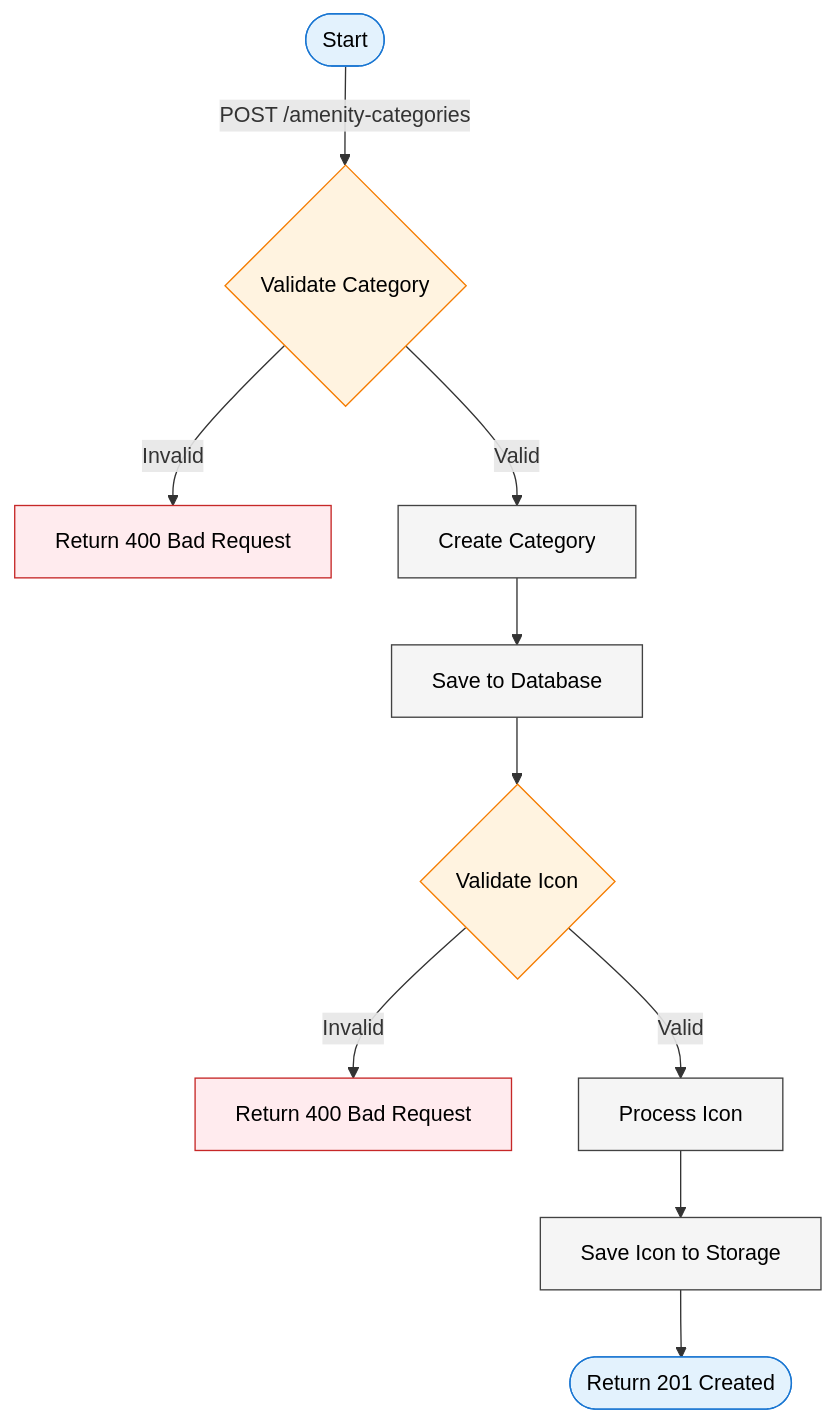
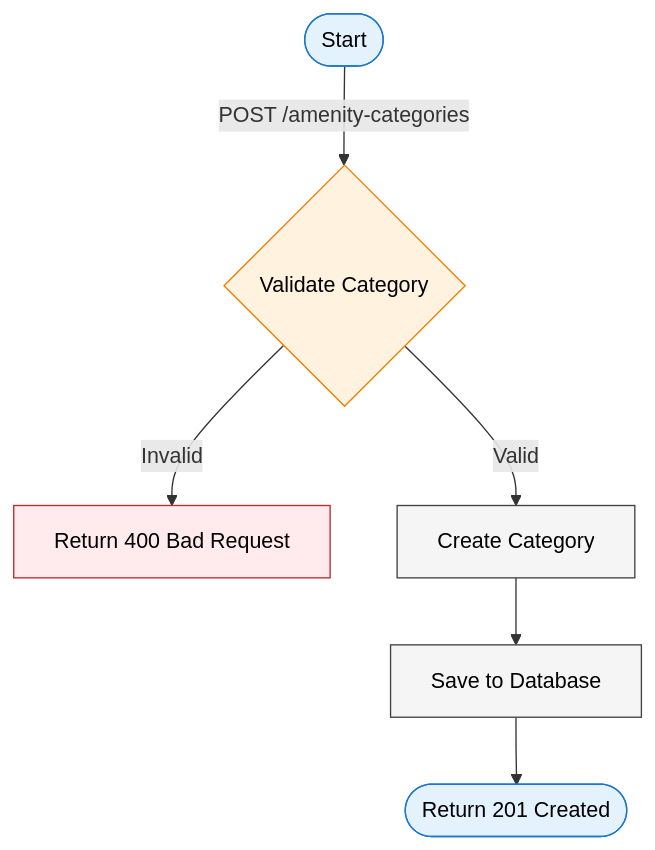
One commit to mhmd-zbib/event-management-system changed the diagram in venue-service/docs/flows/amenity-category-creation-flow.mmd. Above: the diagram before and after it, drawn with Mermaid. The commit also changed 5 other files, not shown here.

Commit message:
docs: create sequence chart foor amenity

```diff
--- a/venue-service/docs/flows/amenity-category-creation-flow.mmd
+++ b/venue-service/docs/flows/amenity-category-creation-flow.mmd
@@ -1,25 +1,19 @@
 graph TD
 %% Main Flow
     Start([Start]) -->|POST /amenity-categories| ValidateCategory{Validate Category}
     ValidateCategory -->|Invalid| HandleError[Return 400 Bad Request]
     ValidateCategory -->|Valid| CreateCategory[Create Category]
     CreateCategory --> SaveCategory[Save to Database]
-
-%% Icon Processing
-    SaveCategory --> ValidateIcon{Validate Icon}
-    ValidateIcon -->|Invalid| HandleIconError[Return 400 Bad Request]
-    ValidateIcon -->|Valid| ProcessIcon[Process Icon]
-    ProcessIcon --> SaveIcon[Save Icon to Storage]
-    SaveIcon --> Success([Return 201 Created])
+    SaveCategory --> Success([Return 201 Created])
 
 %% Style Definitions
     classDef start_end fill:#e3f2fd,stroke:#1976d2,color:black
     classDef process fill:#f5f5f5,stroke:#424242,color:black
     classDef validation fill:#fff3e0,stroke:#f57c00,color:black
     classDef error fill:#ffebee,stroke:#c62828,color:black
 
 %% Apply Styles
     class Start,Success start_end
-    class CreateCategory,SaveCategory,ProcessIcon,SaveIcon process
-    class ValidateCategory,ValidateIcon validation
-    class HandleError,HandleIconError error
+    class CreateCategory,SaveCategory process
+    class ValidateCategory validation
+    class HandleError error
```
